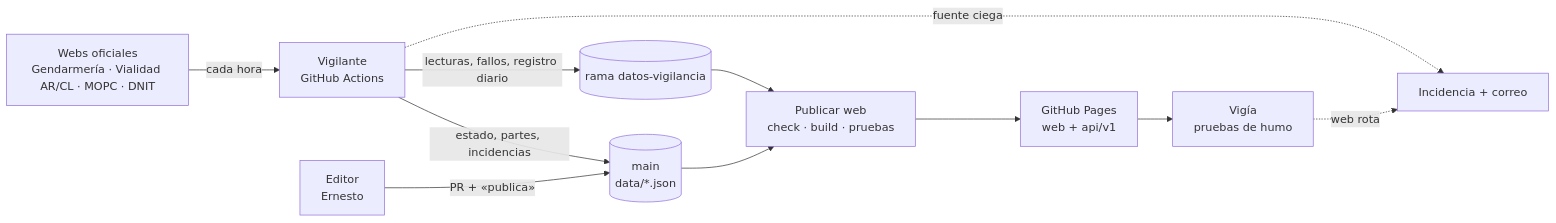
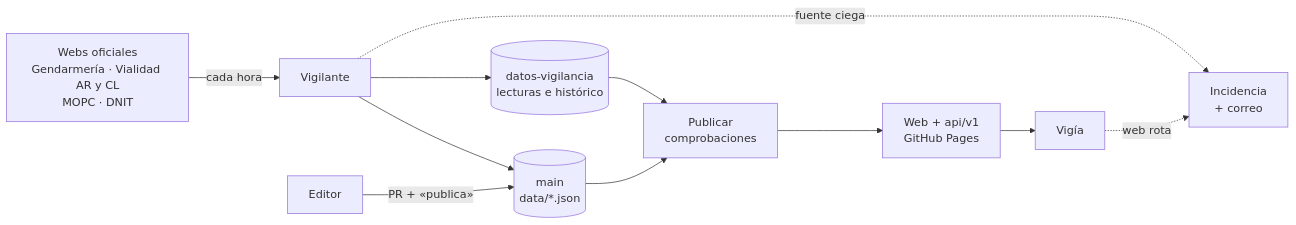
The diagram in docs/arquitectura.md (elezcano/GuiaCorredor), drawn with Mermaid before and after one commit. The commit also changed other lines of this file, not shown here.

````diff
--- a/docs/arquitectura.md
+++ b/docs/arquitectura.md
@@ -7,13 +15,13 @@
 ```mermaid
 flowchart LR
-  F[Webs oficiales<br/>Gendarmería · Vialidad AR/CL · MOPC · DNIT] -->|cada hora| V[Vigilante<br/>GitHub Actions]
-  E[Editor<br/>Ernesto] -->|PR + «publica»| M
-  V -->|estado, partes, incidencias| M[(main<br/>data/*.json)]
-  V -->|lecturas, fallos, registro diario| DV[(rama datos-vigilancia)]
-  M --> B[Publicar web<br/>check · build · pruebas]
-  DV --> B
-  B --> W[GitHub Pages<br/>web + api/v1]
-  W --> G[Vigía<br/>pruebas de humo]
-  V -. fuente ciega .-> I[Incidencia + correo]
+  F[Webs oficiales<br/>Gendarmería · Vialidad AR y CL<br/>MOPC · DNIT] -->|cada hora| V[Vigilante]
+  E[Editor] -->|PR + «publica»| M
+  V --> M[(main<br/>data/*.json)]
+  V --> DV[(datos-vigilancia<br/>lecturas e histórico)]
+  M --> P[Publicar<br/>comprobaciones]
+  DV --> P
+  P --> W[Web + api/v1<br/>GitHub Pages]
+  W --> G[Vigía]
+  V -. fuente ciega .-> I[Incidencia<br/>+ correo]
   G -. web rota .-> I
 ```
````
